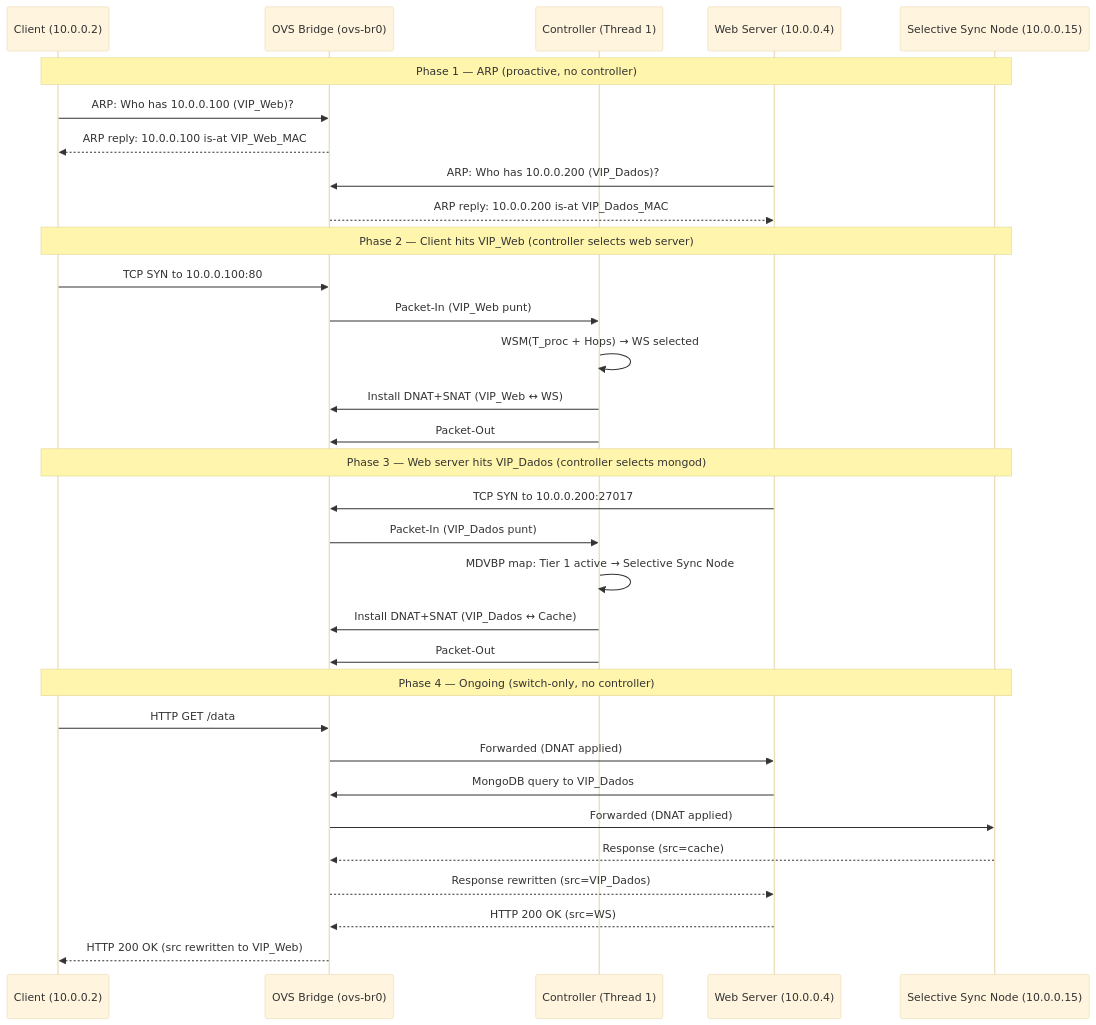
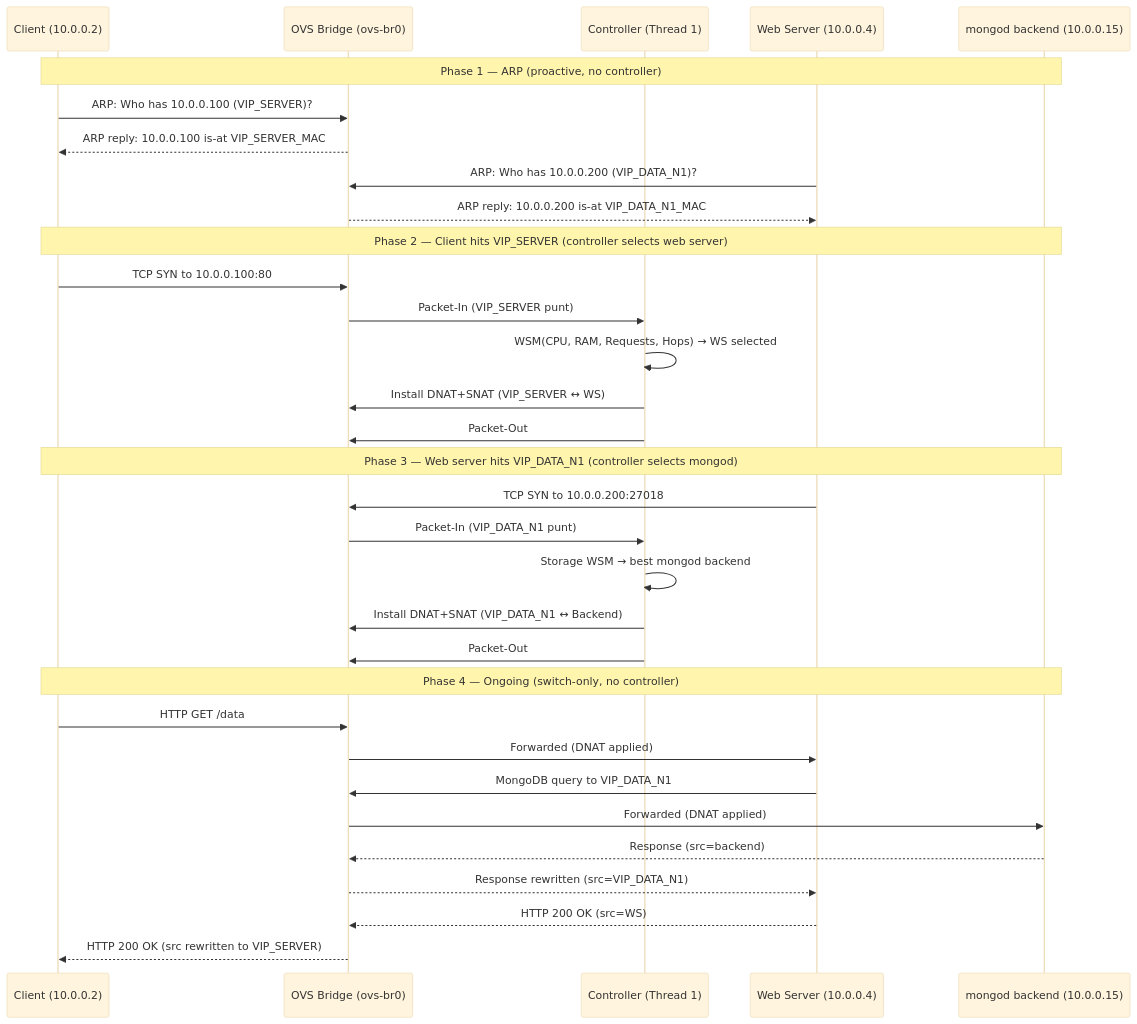
Before and after one commit to poioe20p/efficient-storage-in-edge-scenarios: the third of 21 diagrams in docs/operation/system_scenarios.md, drawn with Mermaid (base theme). The commit also changed other lines of this file and 28 other files, not shown here.

Commit message:
- setup testing workload - setup http request with connection to db (made some fixes) wrong port and etc - controller was able to vip route both client http to server and server mongodb to db

````diff
--- a/docs/operation/system_scenarios.md
+++ b/docs/operation/system_scenarios.md
@@ -69,38 +69,38 @@
 ```mermaid
 sequenceDiagram
     participant Client as Client (10.0.0.2)
     participant OVS as OVS Bridge (ovs-br0)
     participant Ctrl as Controller (Thread 1)
     participant WS as Web Server (10.0.0.4)
-    participant Cache as Selective Sync Node (10.0.0.15)
+    participant Backend as mongod backend (10.0.0.15)
 
-    Note over Client,Cache: Phase 1 — ARP (proactive, no controller)
-    Client->>OVS: ARP: Who has 10.0.0.100 (VIP_Web)?
-    OVS-->>Client: ARP reply: 10.0.0.100 is-at VIP_Web_MAC
-    WS->>OVS: ARP: Who has 10.0.0.200 (VIP_Dados)?
-    OVS-->>WS: ARP reply: 10.0.0.200 is-at VIP_Dados_MAC
+    Note over Client,Backend: Phase 1 — ARP (proactive, no controller)
+    Client->>OVS: ARP: Who has 10.0.0.100 (VIP_SERVER)?
+    OVS-->>Client: ARP reply: 10.0.0.100 is-at VIP_SERVER_MAC
+    WS->>OVS: ARP: Who has 10.0.0.200 (VIP_DATA_N1)?
+    OVS-->>WS: ARP reply: 10.0.0.200 is-at VIP_DATA_N1_MAC
 
-    Note over Client,Cache: Phase 2 — Client hits VIP_Web (controller selects web server)
+    Note over Client,Backend: Phase 2 — Client hits VIP_SERVER (controller selects web server)
     Client->>OVS: TCP SYN to 10.0.0.100:80
-    OVS->>Ctrl: Packet-In (VIP_Web punt)
-    Ctrl->>Ctrl: WSM(T_proc + Hops) → WS selected
-    Ctrl->>OVS: Install DNAT+SNAT (VIP_Web ↔ WS)
+    OVS->>Ctrl: Packet-In (VIP_SERVER punt)
+    Ctrl->>Ctrl: WSM(CPU, RAM, Requests, Hops) → WS selected
+    Ctrl->>OVS: Install DNAT+SNAT (VIP_SERVER ↔ WS)
     Ctrl->>OVS: Packet-Out
 
-    Note over Client,Cache: Phase 3 — Web server hits VIP_Dados (controller selects mongod)
-    WS->>OVS: TCP SYN to 10.0.0.200:27017
-    OVS->>Ctrl: Packet-In (VIP_Dados punt)
-    Ctrl->>Ctrl: MDVBP map: Tier 1 active → Selective Sync Node
-    Ctrl->>OVS: Install DNAT+SNAT (VIP_Dados ↔ Cache)
+    Note over Client,Backend: Phase 3 — Web server hits VIP_DATA_N1 (controller selects mongod)
+    WS->>OVS: TCP SYN to 10.0.0.200:27018
+    OVS->>Ctrl: Packet-In (VIP_DATA_N1 punt)
+    Ctrl->>Ctrl: Storage WSM → best mongod backend
+    Ctrl->>OVS: Install DNAT+SNAT (VIP_DATA_N1 ↔ Backend)
     Ctrl->>OVS: Packet-Out
 
-    Note over Client,Cache: Phase 4 — Ongoing (switch-only, no controller)
+    Note over Client,Backend: Phase 4 — Ongoing (switch-only, no controller)
     Client->>OVS: HTTP GET /data
     OVS->>WS: Forwarded (DNAT applied)
-    WS->>OVS: MongoDB query to VIP_Dados
-    OVS->>Cache: Forwarded (DNAT applied)
-    Cache-->>OVS: Response (src=cache)
-    OVS-->>WS: Response rewritten (src=VIP_Dados)
+    WS->>OVS: MongoDB query to VIP_DATA_N1
+    OVS->>Backend: Forwarded (DNAT applied)
+    Backend-->>OVS: Response (src=backend)
+    OVS-->>WS: Response rewritten (src=VIP_DATA_N1)
     WS-->>OVS: HTTP 200 OK (src=WS)
-    OVS-->>Client: HTTP 200 OK (src rewritten to VIP_Web)
+    OVS-->>Client: HTTP 200 OK (src rewritten to VIP_SERVER)
 ```
````
